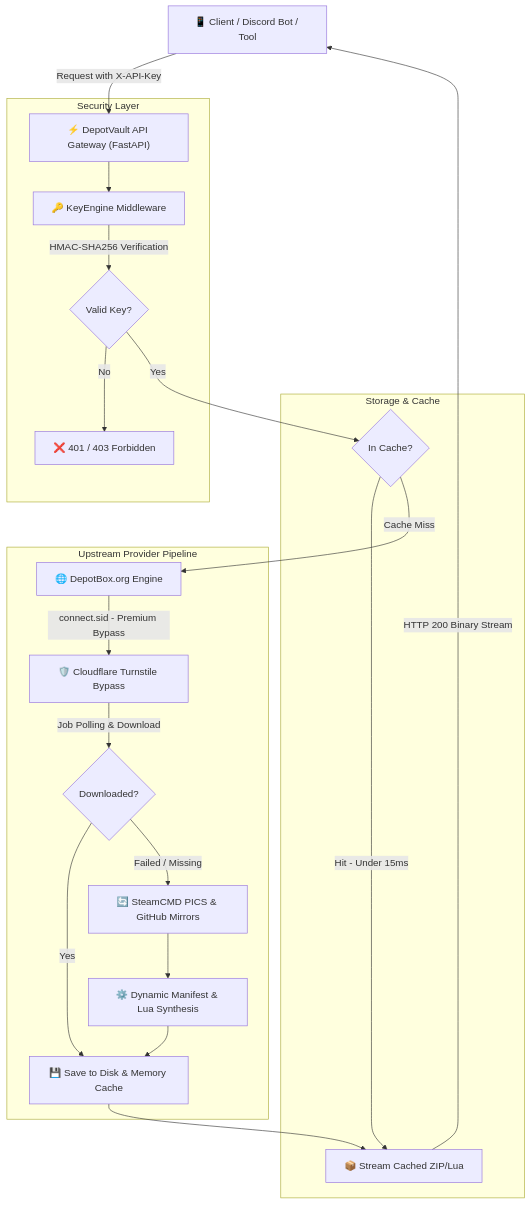
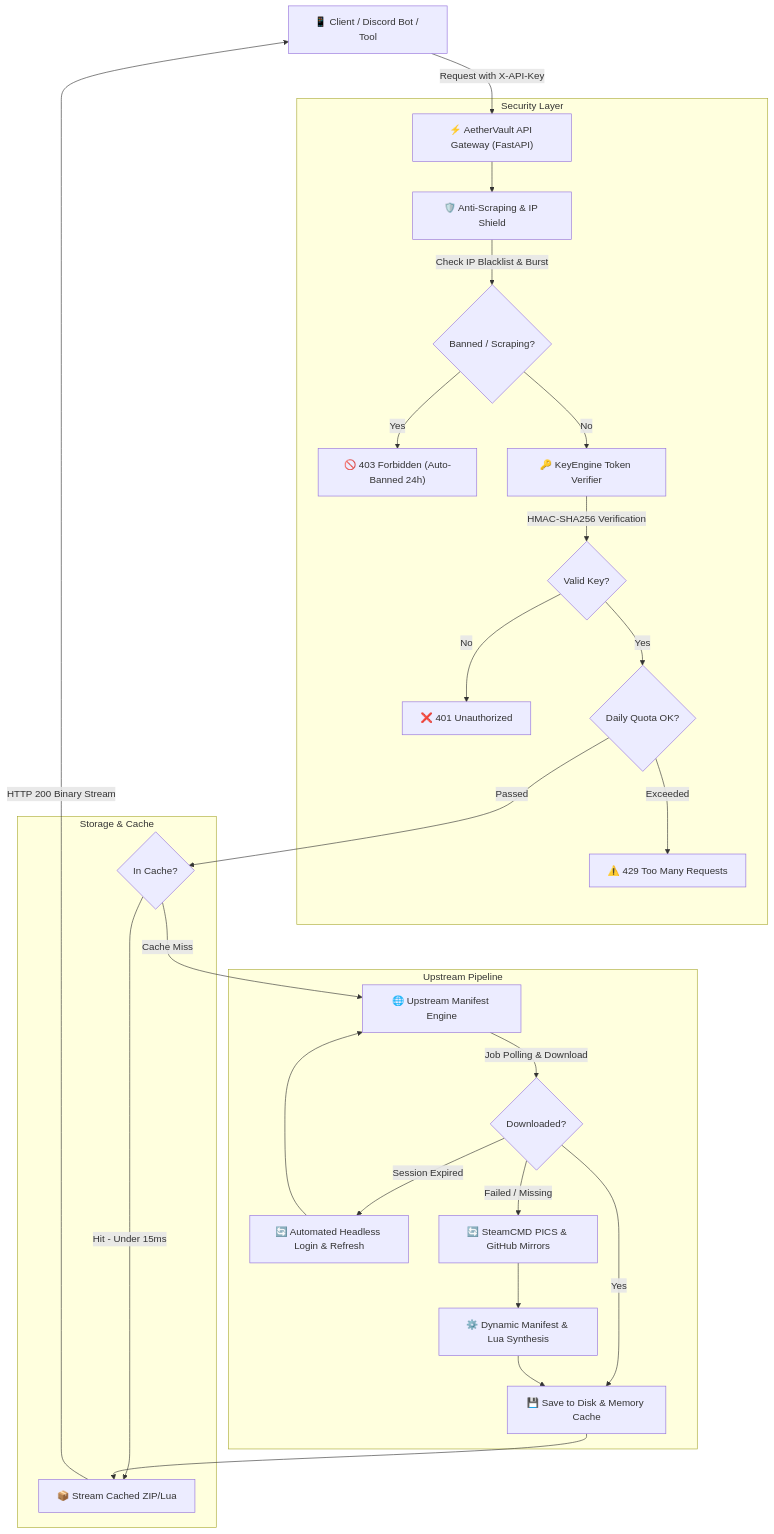
One commit to KINGODIN1124/AETHERVAULT changed the diagram in README.md. Above: the diagram before and after it, drawn with Mermaid. The commit also changed other lines of this file and 20 other files, not shown here.

Commit message:
feat: complete AetherVault rebranding, anti-scraping IP shield, 7-day public trial key, and automated session rejuvenation

````diff
--- a/README.md
+++ b/README.md
@@ -73,28 +112,34 @@
 ```mermaid
 graph TD
-    Client["📱 Client / Discord Bot / Tool"] -->|"Request with X-API-Key"| Gateway["⚡ DepotVault API Gateway (FastAPI)"]
+    Client["📱 Client / Discord Bot / Tool"] -->|"Request with X-API-Key"| Gateway["⚡ AetherVault API Gateway (FastAPI)"]
     
     subgraph Security Layer
-        Gateway --> Auth["🔑 KeyEngine Middleware"]
+        Gateway --> Shield["🛡️ Anti-Scraping & IP Shield"]
+        Shield -->|"Check IP Blacklist & Burst"| Banned{"Banned / Scraping?"}
+        Banned -->|"Yes"| Block["🚫 403 Forbidden (Auto-Banned 24h)"]
+        Banned -->|"No"| Auth["🔑 KeyEngine Token Verifier"]
         Auth -->|"HMAC-SHA256 Verification"| Valid{"Valid Key?"}
-        Valid -->|"No"| Reject["❌ 401 / 403 Forbidden"]
+        Valid -->|"No"| Reject["❌ 401 Unauthorized"]
+        Valid -->|"Yes"| Quota{"Daily Quota OK?"}
+        Quota -->|"Exceeded"| LimitErr["⚠️ 429 Too Many Requests"]
     end
 
     subgraph Storage & Cache
-        Valid -->|"Yes"| CacheCheck{"In Cache?"}
+        Quota -->|"Passed"| CacheCheck{"In Cache?"}
         CacheCheck -->|"Hit - Under 15ms"| ReturnCache["📦 Stream Cached ZIP/Lua"]
     end
 
-    subgraph Upstream Provider Pipeline
-        CacheCheck -->|"Cache Miss"| DepotBox["🌐 DepotBox.org Engine"]
-        DepotBox -->|"connect.sid - Premium Bypass"| Turnstile["🛡️ Cloudflare Turnstile Bypass"]
-        Turnstile -->|"Job Polling & Download"| Success{"Downloaded?"}
+    subgraph Upstream Pipeline
+        CacheCheck -->|"Cache Miss"| UpstreamEngine["🌐 Upstream Manifest Engine"]
+        UpstreamEngine -->|"Job Polling & Download"| Success{"Downloaded?"}
         Success -->|"Yes"| SaveCache["💾 Save to Disk & Memory Cache"]
         SaveCache --> ReturnCache
+        Success -->|"Session Expired"| Rejuvenate["🔄 Automated Headless Login & Refresh"]
+        Rejuvenate --> UpstreamEngine
         Success -->|"Failed / Missing"| Fallback["🔄 SteamCMD PICS & GitHub Mirrors"]
         Fallback --> DynamicCompile["⚙️ Dynamic Manifest & Lua Synthesis"]
         DynamicCompile --> SaveCache
     end
 
     ReturnCache -->|"HTTP 200 Binary Stream"| Client
 ```
````
